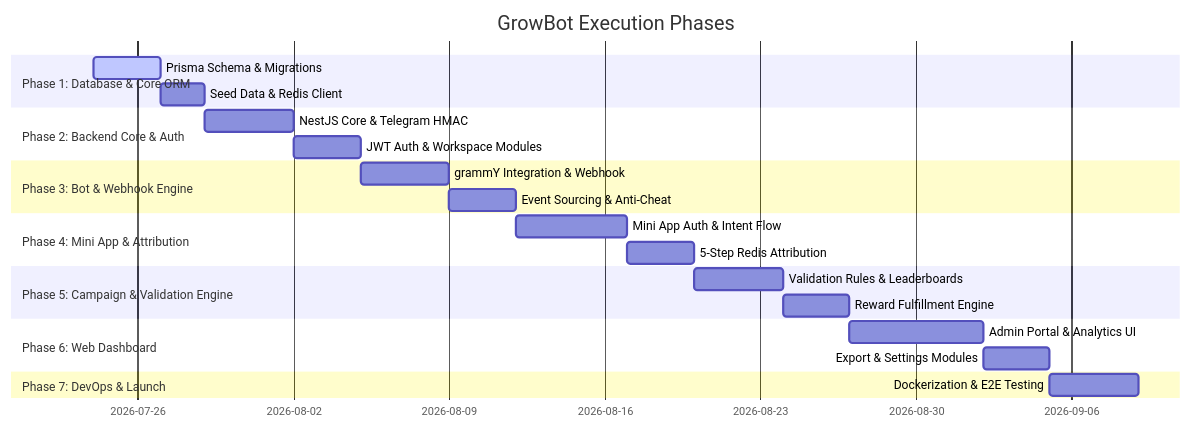
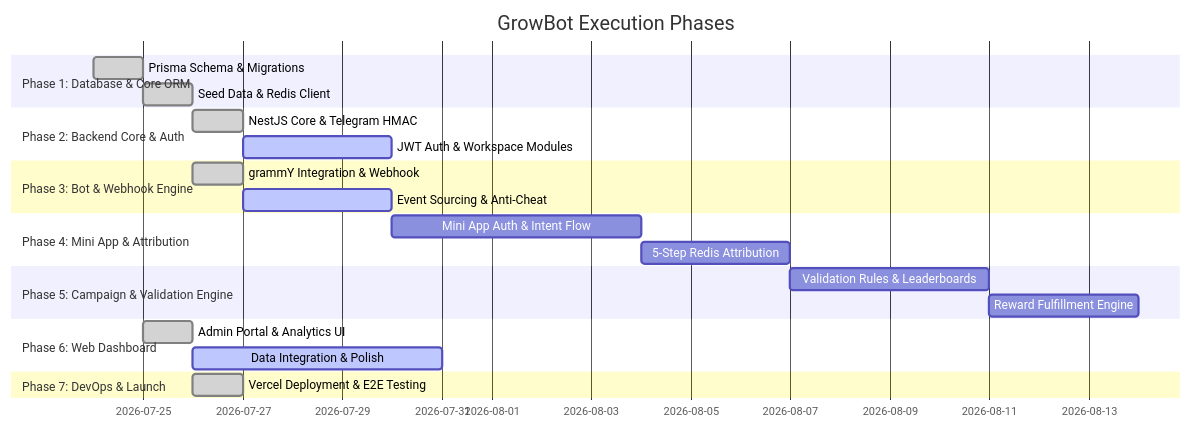
Before and after one commit to DeepBlue-dot/GrowBot: the diagram in doc/plan.md, drawn with Mermaid. The commit also changed other lines of this file, not shown here.

````diff
--- a/doc/plan.md
+++ b/doc/plan.md
@@ -18,25 +32,25 @@
 ```mermaid
 gantt
     title GrowBot Execution Phases
     dateFormat  YYYY-MM-DD
     section Phase 1: Database & Core ORM
-    Prisma Schema & Migrations       :active, p1, 2026-07-24, 3d
-    Seed Data & Redis Client         :p1b, after p1, 2d
+    Prisma Schema & Migrations       :done, p1, 2026-07-24, 1d
+    Seed Data & Redis Client         :done, p1b, after p1, 1d
     section Phase 2: Backend Core & Auth
-    NestJS Core & Telegram HMAC      :p2, after p1b, 4d
-    JWT Auth & Workspace Modules     :p2b, after p2, 3d
+    NestJS Core & Telegram HMAC      :done, p2, after p1b, 1d
+    JWT Auth & Workspace Modules     :active, p2b, after p2, 3d
     section Phase 3: Bot & Webhook Engine
-    grammY Integration & Webhook     :p3, after p2b, 4d
-    Event Sourcing & Anti-Cheat      :p3b, after p3, 3d
+    grammY Integration & Webhook     :done, p3, after p1b, 1d
+    Event Sourcing & Anti-Cheat      :active, p3b, after p3, 3d
     section Phase 4: Mini App & Attribution
-    Mini App Auth & Intent Flow      :p4, after p3b, 5d
+    Mini App Auth & Intent Flow      :p4, after p2b, 5d
     5-Step Redis Attribution         :p4b, after p4, 3d
     section Phase 5: Campaign & Validation Engine
     Validation Rules & Leaderboards  :p5, after p4b, 4d
     Reward Fulfillment Engine        :p5b, after p5, 3d
     section Phase 6: Web Dashboard
-    Admin Portal & Analytics UI      :p6, after p5b, 6d
-    Export & Settings Modules        :p6b, after p6, 3d
+    Admin Portal & Analytics UI      :done, p6, after p1, 1d
+    Data Integration & Polish        :active, p6b, after p6, 5d
     section Phase 7: DevOps & Launch
-    Dockerization & E2E Testing      :p7, after p6b, 4d
+    Vercel Deployment & E2E Testing  :done, p7, after p6, 1d
 ```
````
